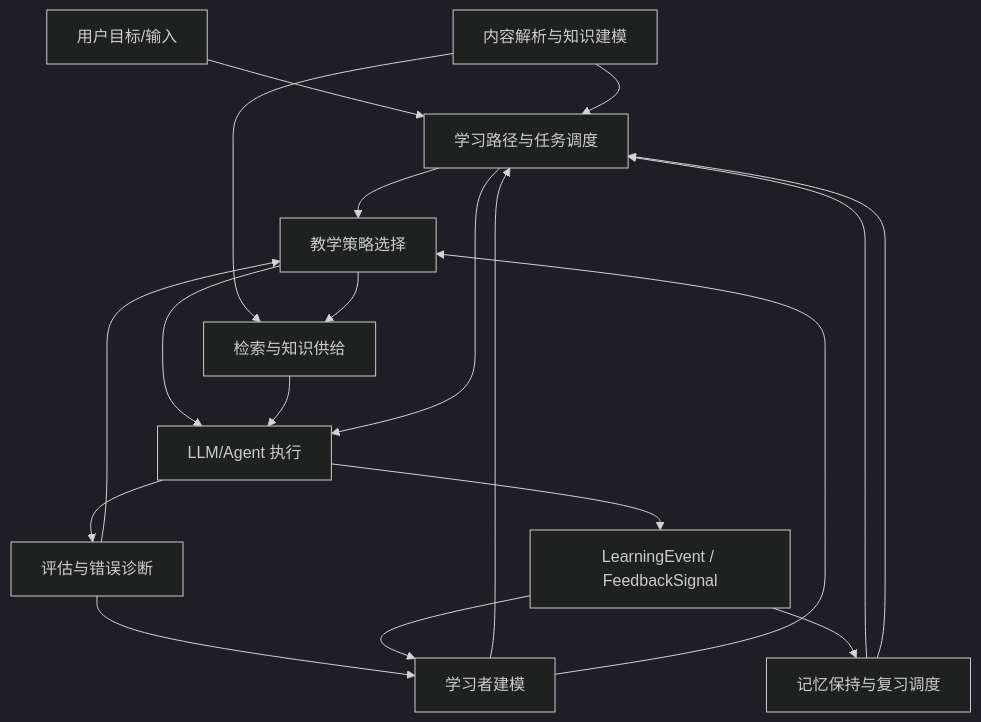
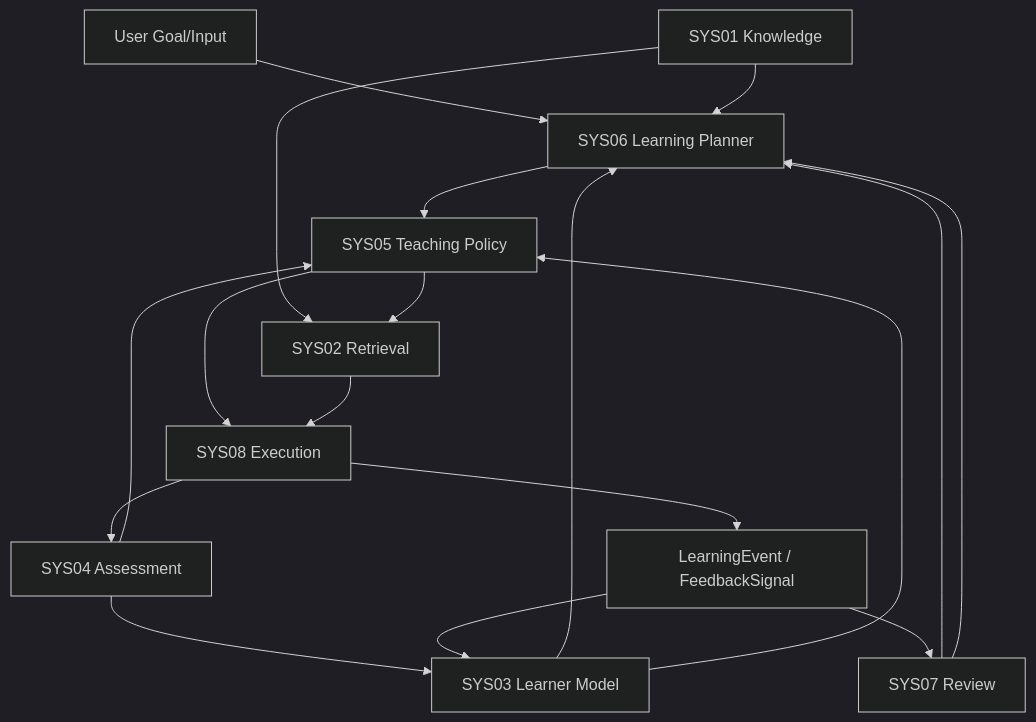
Before and after one commit to Xike-yuhuofei/Askora: the first of 2 diagrams in docs/design/AI学习系统算法与教学内核设计.md, drawn with Mermaid (dark theme). The commit also changed other lines of this file, not shown here.

Commit message:
docs: freeze v0.3 adaptive teaching canonical design

````diff
--- a/docs/design/AI学习系统算法与教学内核设计.md
+++ b/docs/design/AI学习系统算法与教学内核设计.md
@@ -323,21 +417,20 @@
 ```mermaid
 flowchart TD
-    U[用户目标/输入] --> P[学习路径与任务调度]
-    K[内容解析与知识建模] --> P
-    K --> R[检索与知识供给]
-    L[学习者建模] --> P
-    L --> S[教学策略选择]
-    V[记忆保持与复习调度] --> P
+    U[User Goal/Input] --> P[SYS06 Learning Planner]
+    K[SYS01 Knowledge] --> P
+    K --> R[SYS02 Retrieval]
+    L[SYS03 Learner Model] --> P
+    L --> S[SYS05 Teaching Policy]
+    V[SYS07 Review] --> P
     P --> S
-    A[评估与错误诊断] --> L
+    A[SYS04 Assessment] --> L
     A --> S
     S --> R
-    S --> X[LLM/Agent 执行]
+    S --> X[SYS08 Execution]
     R --> X
-    P --> X
     X --> A
     X --> E[LearningEvent / FeedbackSignal]
     E --> L
     E --> V
     V --> P
 ```
````
